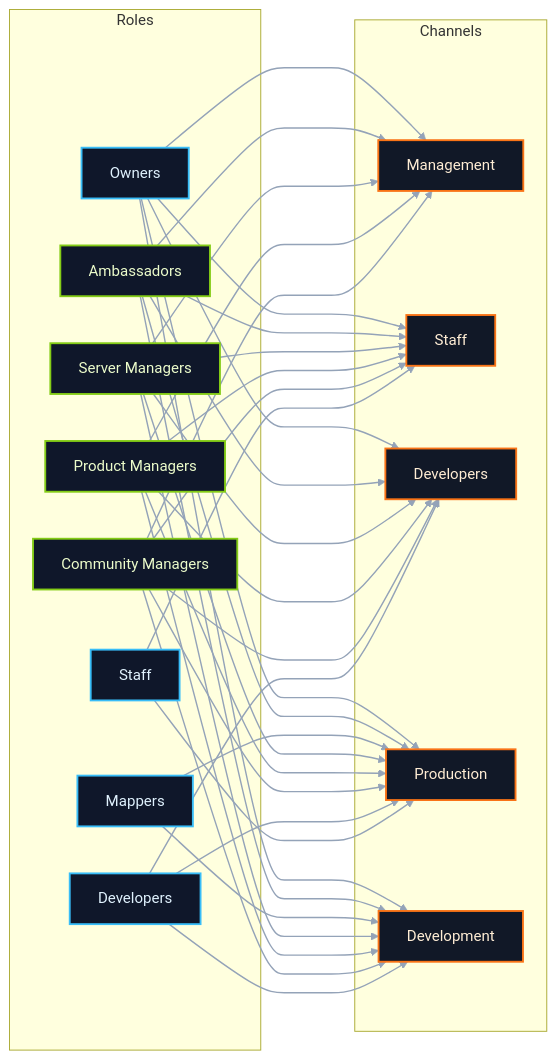
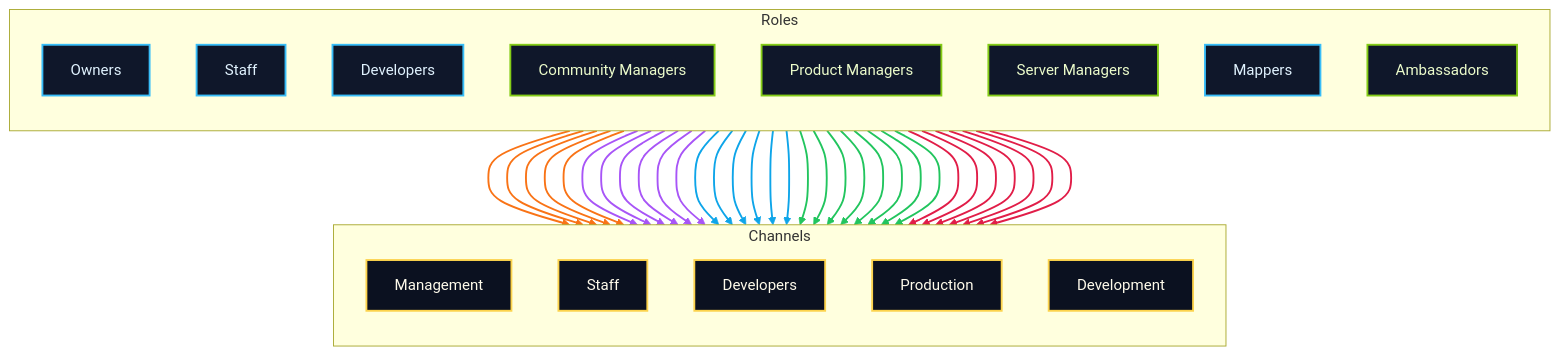
The diagram in infrastructure/permissions.md (UDL-TF/Organization), drawn with Mermaid before and after one commit.

Commit message:
Refactor access diagram for improved readability and clarity with updated link styles

````diff
--- a/infrastructure/permissions.md
+++ b/infrastructure/permissions.md
@@ -41,6 +41,7 @@
 ```mermaid
-flowchart LR
+flowchart TB
 	subgraph Roles
+		direction TB
 		OWN[Owners]
 		STF[Staff]
 		DEV[Developers]
@@ -52,6 +53,7 @@
 	end
 
 	subgraph Channels
+		direction TB
 		CH_MAN[Management]
 		CH_STF[Staff]
 		CH_DEV[Developers]
@@ -98,12 +100,47 @@
 	OWN ---> CH_DEVT
 
 	classDef role fill:#0f172a,stroke:#38bdf8,stroke-width:2px,color:#e0f2fe;
-	classDef channel fill:#111827,stroke:#f97316,stroke-width:2px,color:#ffedd5;
+	classDef channel fill:#0b1120,stroke:#fcd34d,stroke-width:2px,color:#fffbeb;
 	classDef cohort fill:#0f172a,stroke:#84cc16,stroke-width:2px,color:#ecfccb;
 	class OWN,STF,DEV,MAP role;
 	class CM,PM,SM,AMB cohort;
 	class CH_MAN,CH_STF,CH_DEV,CH_PROD,CH_DEVT channel;
 
-	%% Soften the contrast of the connecting lines for dark theme readability
-	linkStyle default stroke:#94a3b8,stroke-width:1.5px;
+	%% Channel-colored connections for readability
+	linkStyle 0 stroke:#f97316,stroke-width:2px;
+	linkStyle 1 stroke:#f97316,stroke-width:2px;
+	linkStyle 2 stroke:#f97316,stroke-width:2px;
+	linkStyle 3 stroke:#f97316,stroke-width:2px;
+	linkStyle 4 stroke:#f97316,stroke-width:2px;
+
+	linkStyle 5 stroke:#a855f7,stroke-width:2px;
+	linkStyle 6 stroke:#a855f7,stroke-width:2px;
+	linkStyle 7 stroke:#a855f7,stroke-width:2px;
+	linkStyle 8 stroke:#a855f7,stroke-width:2px;
+	linkStyle 9 stroke:#a855f7,stroke-width:2px;
+	linkStyle 10 stroke:#a855f7,stroke-width:2px;
+
+	linkStyle 11 stroke:#0ea5e9,stroke-width:2px;
+	linkStyle 12 stroke:#0ea5e9,stroke-width:2px;
+	linkStyle 13 stroke:#0ea5e9,stroke-width:2px;
+	linkStyle 14 stroke:#0ea5e9,stroke-width:2px;
+	linkStyle 15 stroke:#0ea5e9,stroke-width:2px;
+	linkStyle 16 stroke:#0ea5e9,stroke-width:2px;
+
+	linkStyle 17 stroke:#22c55e,stroke-width:2px;
+	linkStyle 18 stroke:#22c55e,stroke-width:2px;
+	linkStyle 19 stroke:#22c55e,stroke-width:2px;
+	linkStyle 20 stroke:#22c55e,stroke-width:2px;
+	linkStyle 21 stroke:#22c55e,stroke-width:2px;
+	linkStyle 22 stroke:#22c55e,stroke-width:2px;
+	linkStyle 23 stroke:#22c55e,stroke-width:2px;
+	linkStyle 24 stroke:#22c55e,stroke-width:2px;
+
+	linkStyle 25 stroke:#e11d48,stroke-width:2px;
+	linkStyle 26 stroke:#e11d48,stroke-width:2px;
+	linkStyle 27 stroke:#e11d48,stroke-width:2px;
+	linkStyle 28 stroke:#e11d48,stroke-width:2px;
+	linkStyle 29 stroke:#e11d48,stroke-width:2px;
+	linkStyle 30 stroke:#e11d48,stroke-width:2px;
+	linkStyle 31 stroke:#e11d48,stroke-width:2px;
 ```
````
